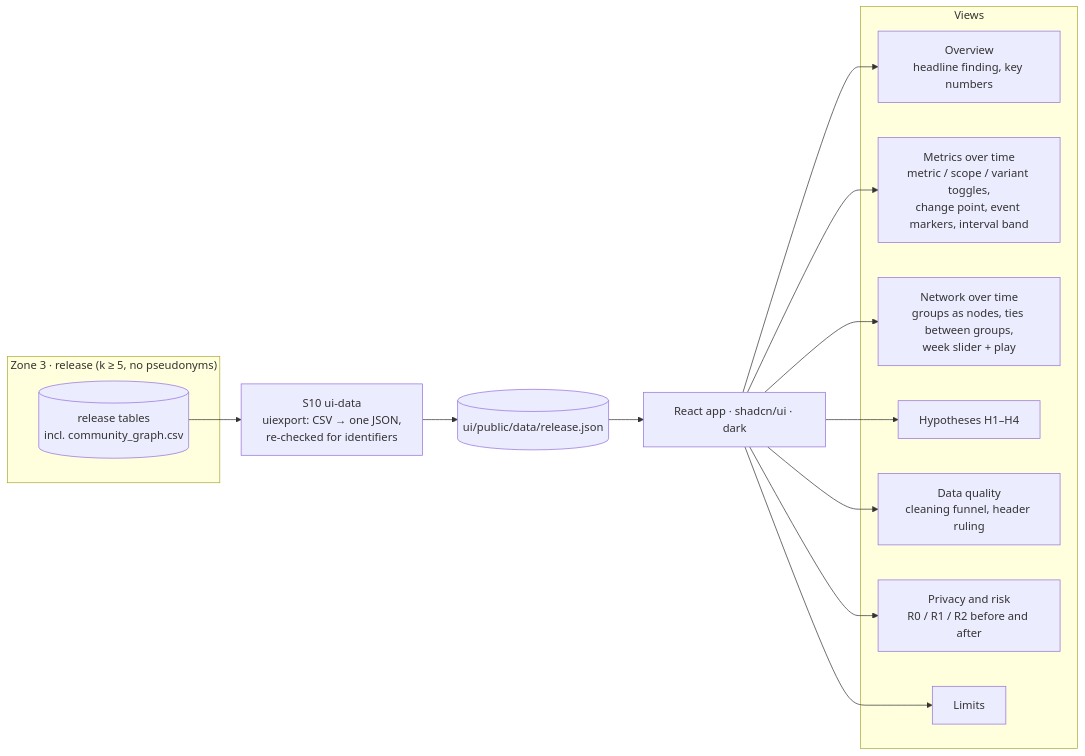
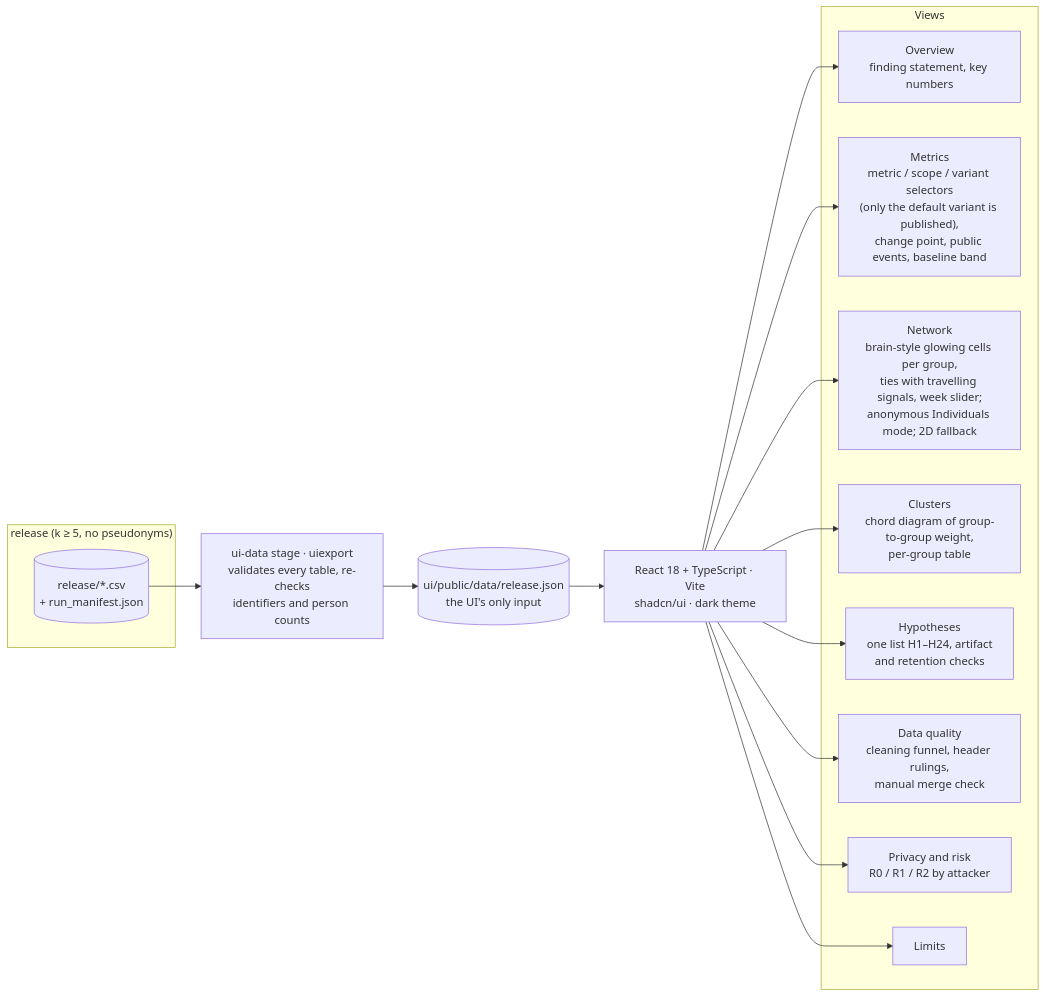
The sixth of 6 diagrams in docs/architecture.md (marcusvieira88/network-science), drawn with Mermaid before and after one commit. The commit also changed other lines of this file, not shown here.

First line of the commit message:
Docs as built: architecture

````diff
--- a/docs/architecture.md
+++ b/docs/architecture.md
@@ -137,19 +215,20 @@
 ```mermaid
 flowchart LR
-    subgraph REL["Zone 3 · release (k ≥ 5, no pseudonyms)"]
-        T8[(release tables<br/>incl. community_graph.csv)]
+    subgraph REL["release (k ≥ 5, no pseudonyms)"]
+        T8[(release/*.csv<br/>+ run_manifest.json)]
     end
-    T8 --> S10[S10 ui-data<br/>uiexport: CSV → one JSON,<br/>re-checked for identifiers]
-    S10 --> J[(ui/public/data/release.json)]
-    J --> APP[React app · shadcn/ui · dark]
+    T8 --> S10[ui-data stage · uiexport<br/>validates every table, re-checks<br/>identifiers and person counts]
+    S10 --> J[(ui/public/data/release.json<br/>the UI's only input)]
+    J --> APP[React 18 + TypeScript · Vite<br/>shadcn/ui · dark theme]
     subgraph Views
-        V1[Overview<br/>headline finding, key numbers]
-        V2[Metrics over time<br/>metric / scope / variant toggles,<br/>change point, event markers, interval band]
-        V3[Network over time<br/>groups as nodes, ties between groups,<br/>week slider + play]
-        V4[Hypotheses H1–H4]
-        V5[Data quality<br/>cleaning funnel, header ruling]
-        V6[Privacy and risk<br/>R0 / R1 / R2 before and after]
-        V7[Limits]
+        V1[Overview<br/>finding statement, key numbers]
+        V2["Metrics<br/>metric / scope / variant selectors<br/>(only the default variant is published),<br/>change point, public events, baseline band"]
+        V3[Network<br/>brain-style glowing cells per group,<br/>ties with travelling signals, week slider;<br/>anonymous Individuals mode; 2D fallback]
+        V4[Clusters<br/>chord diagram of group-to-group weight,<br/>per-group table]
+        V5[Hypotheses<br/>one list H1–H24, artifact<br/>and retention checks]
+        V6[Data quality<br/>cleaning funnel, header rulings,<br/>manual merge check]
+        V7[Privacy and risk<br/>R0 / R1 / R2 by attacker]
+        V8[Limits]
     end
-    APP --> V1 & V2 & V3 & V4 & V5 & V6 & V7
+    APP --> V1 & V2 & V3 & V4 & V5 & V6 & V7 & V8
 ```
````
